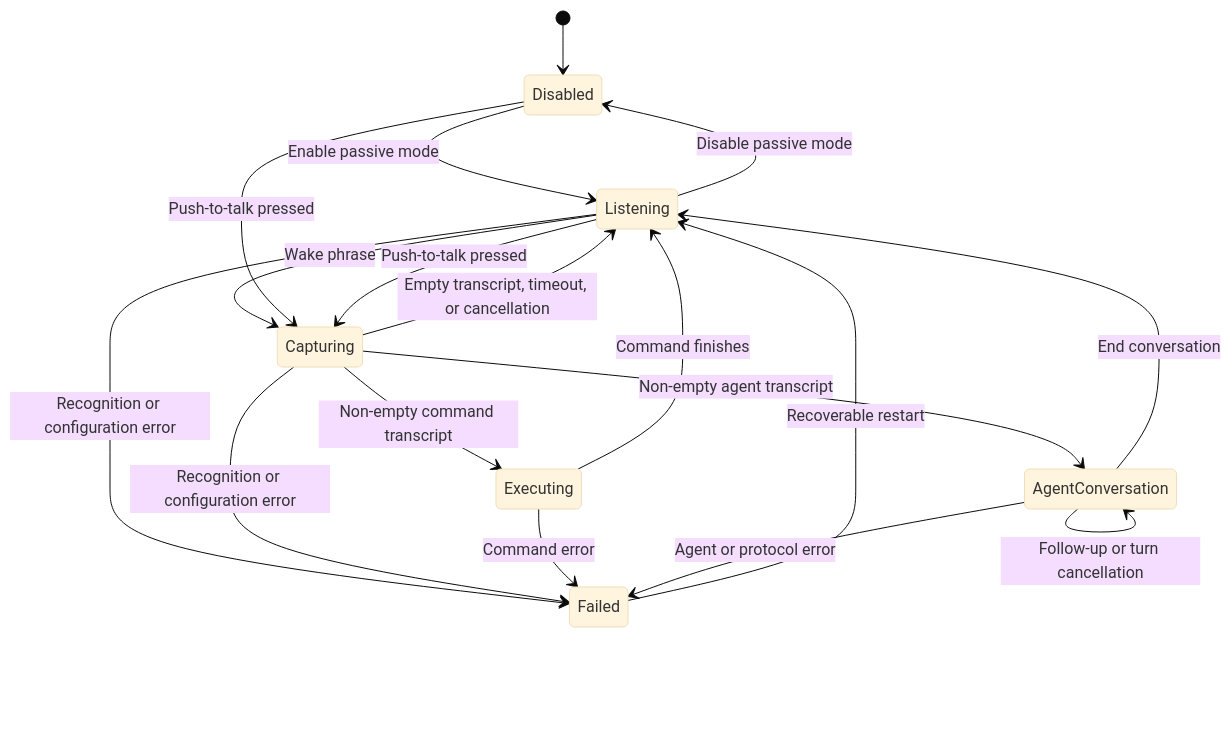
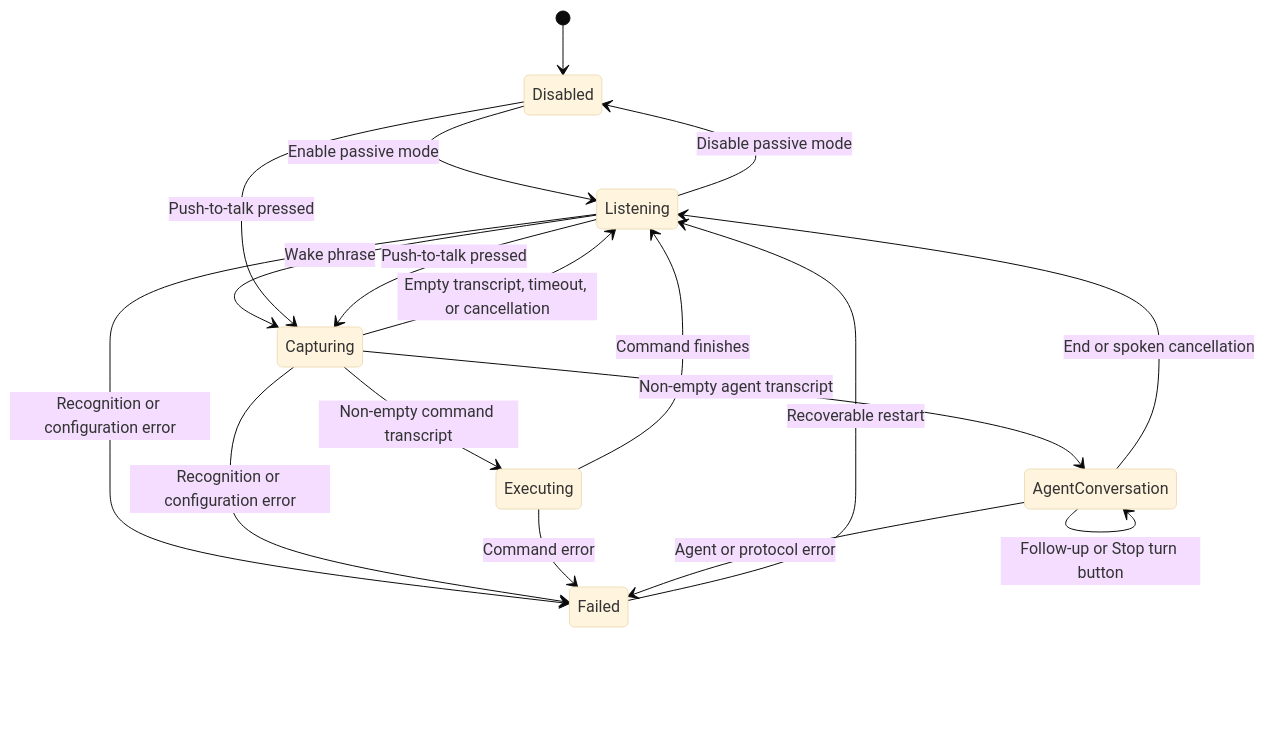
The diagram in docs/architecture.md (pavkam/mac-voice-activation), drawn with Mermaid (base theme) before and after one commit. The commit also changed other lines of this file and 12 other files, not shown here.

Commit message:
fix: end conversations on spoken stop

````diff
--- a/docs/architecture.md
+++ b/docs/architecture.md
@@ -39,21 +39,21 @@
 ```mermaid
 stateDiagram-v2
     [*] --> Disabled
     Disabled --> Listening: Enable passive mode
     Listening --> Capturing: Wake phrase
     Disabled --> Capturing: Push-to-talk pressed
     Listening --> Capturing: Push-to-talk pressed
     Capturing --> Executing: Non-empty command transcript
     Capturing --> AgentConversation: Non-empty agent transcript
     Capturing --> Listening: Empty transcript, timeout, or cancellation
     Executing --> Listening: Command finishes
     AgentConversation --> AgentConversation: Agent turn finishes
-    AgentConversation --> AgentConversation: Follow-up or turn cancellation
-    AgentConversation --> Listening: End conversation
+    AgentConversation --> AgentConversation: Follow-up or Stop turn button
+    AgentConversation --> Listening: End or spoken cancellation
     Listening --> Failed: Recognition or configuration error
     Capturing --> Failed: Recognition or configuration error
     Executing --> Failed: Command error
     AgentConversation --> Failed: Agent or protocol error
     Failed --> Listening: Recoverable restart
     Listening --> Disabled: Disable passive mode
 ```
````
